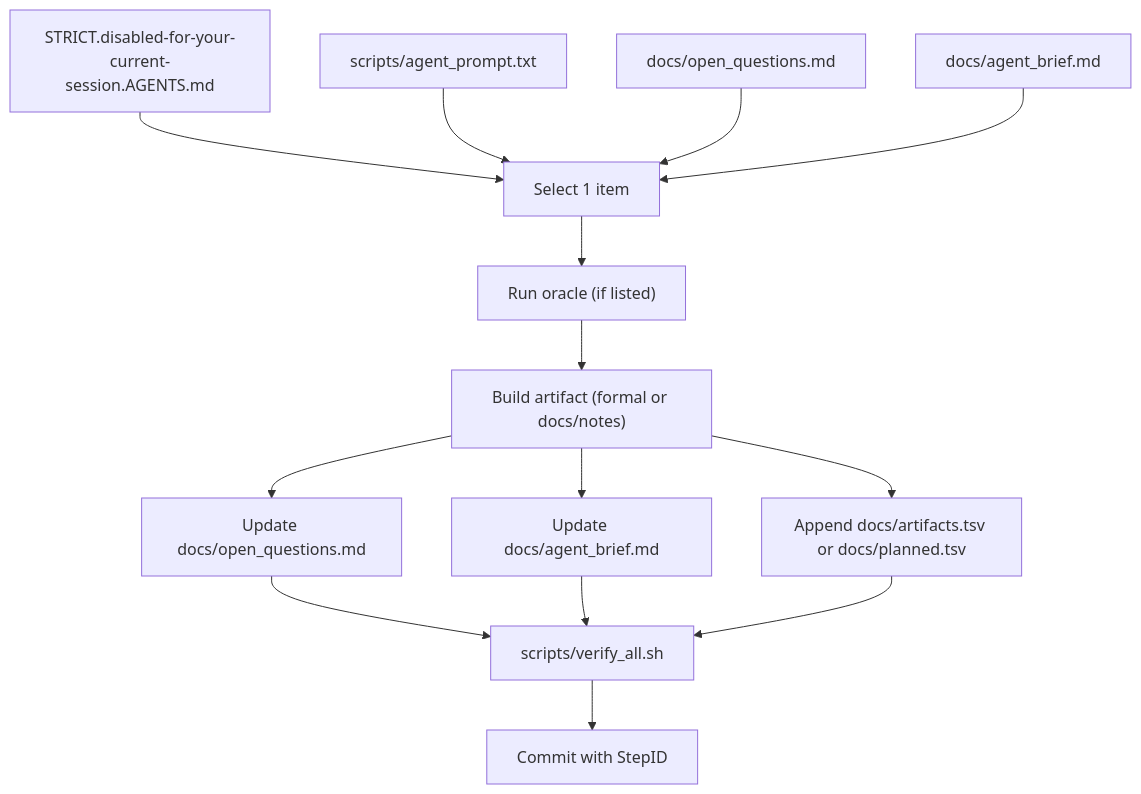
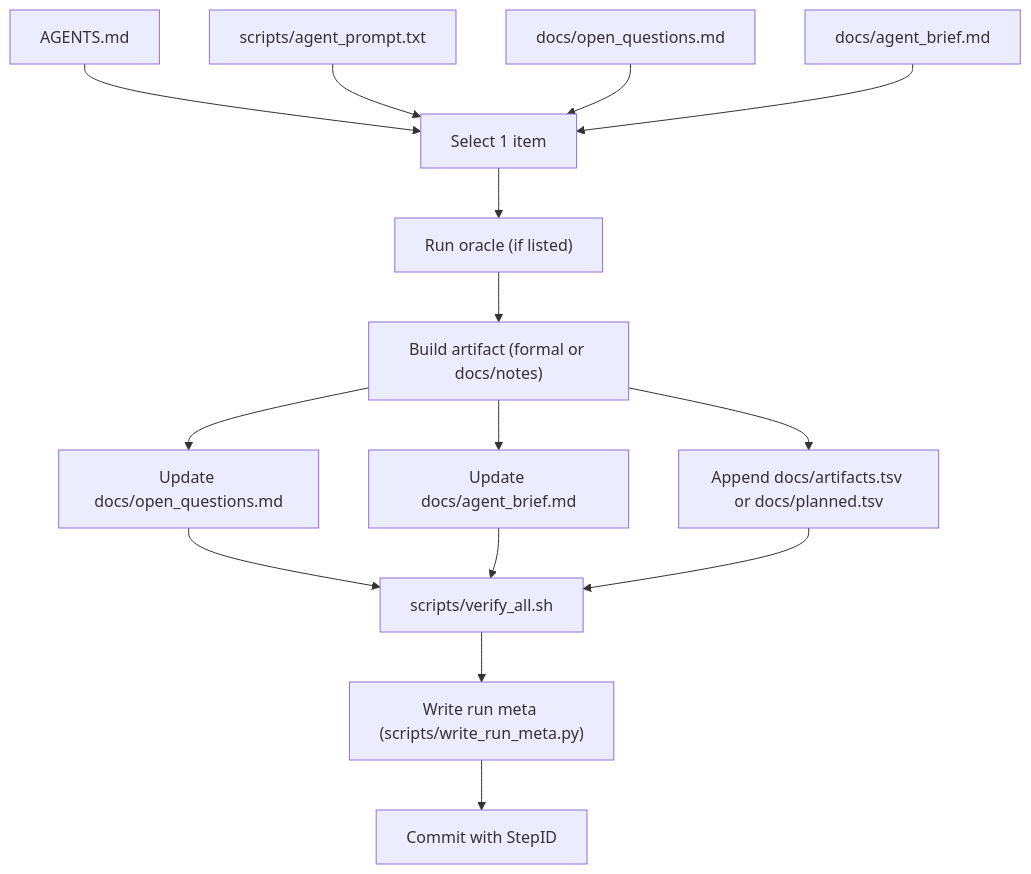
One commit to Xopoko/Experiment-26_P_vs_NP changed the third of 15 diagrams in ARCHITECTURE.md. Above: the diagram before and after it, drawn with Mermaid. The commit also changed other lines of this file and 15 other files, not shown here.

````diff
--- a/ARCHITECTURE.md
+++ b/ARCHITECTURE.md
@@ -134,16 +148,17 @@
 ```mermaid
 flowchart TD
-  A["STRICT.disabled-for-your-current-session.AGENTS.md"] --> E["Select 1 item"]
+  A["AGENTS.md"] --> E["Select 1 item"]
   B["scripts/agent_prompt.txt"] --> E
   C["docs/open_questions.md"] --> E
   D["docs/agent_brief.md"] --> E
   E --> F["Run oracle (if listed)"]
   F --> G["Build artifact (formal or docs/notes)"]
   G --> H["Update docs/open_questions.md"]
   G --> I["Update docs/agent_brief.md"]
   G --> J["Append docs/artifacts.tsv or docs/planned.tsv"]
   H --> K["scripts/verify_all.sh"]
   I --> K
   J --> K
-  K --> L["Commit with StepID"]
+  K --> L["Write run meta (scripts/write_run_meta.py)"]
+  L --> M["Commit with StepID"]
 ```
````
